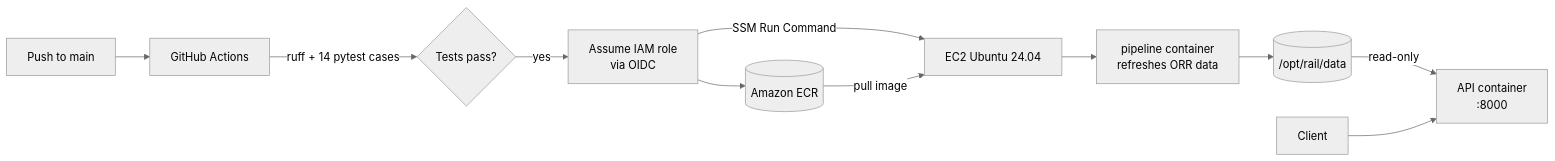
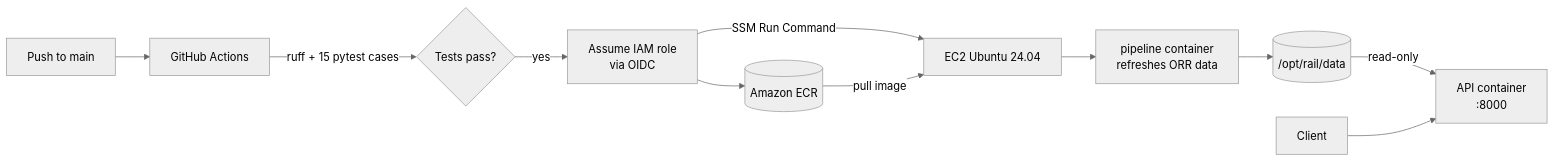
The diagram in README.md (OmarM-Devv/rail-data-pipeline-api), drawn with Mermaid (neutral theme) before and after one commit. The commit also changed other lines of this file and 10 other files, not shown here.

````diff
--- a/README.md
+++ b/README.md
@@ -39,13 +149,13 @@
 ```mermaid
 flowchart LR
     dev[Push to main] --> gha[GitHub Actions]
-    gha -->|ruff + 14 pytest cases| test{Tests pass?}
+    gha -->|ruff + 15 pytest cases| test{Tests pass?}
     test -->|yes| oidc[Assume IAM role<br/>via OIDC]
     oidc --> ecr[(Amazon ECR)]
     oidc -->|SSM Run Command| ec2[EC2 Ubuntu 24.04]
     ecr -->|pull image| ec2
     ec2 --> pipe[pipeline container<br/>refreshes ORR data]
     pipe --> vol[(/opt/rail/data)]
     vol -->|read-only| api[API container<br/>:8000]
     user[Client] --> api
 ```
````
